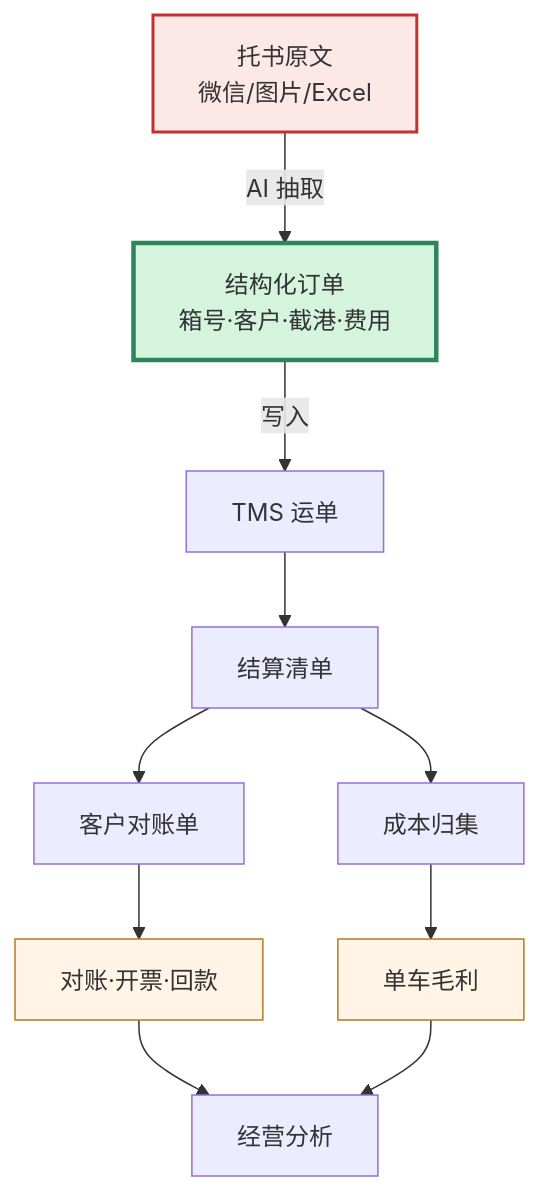
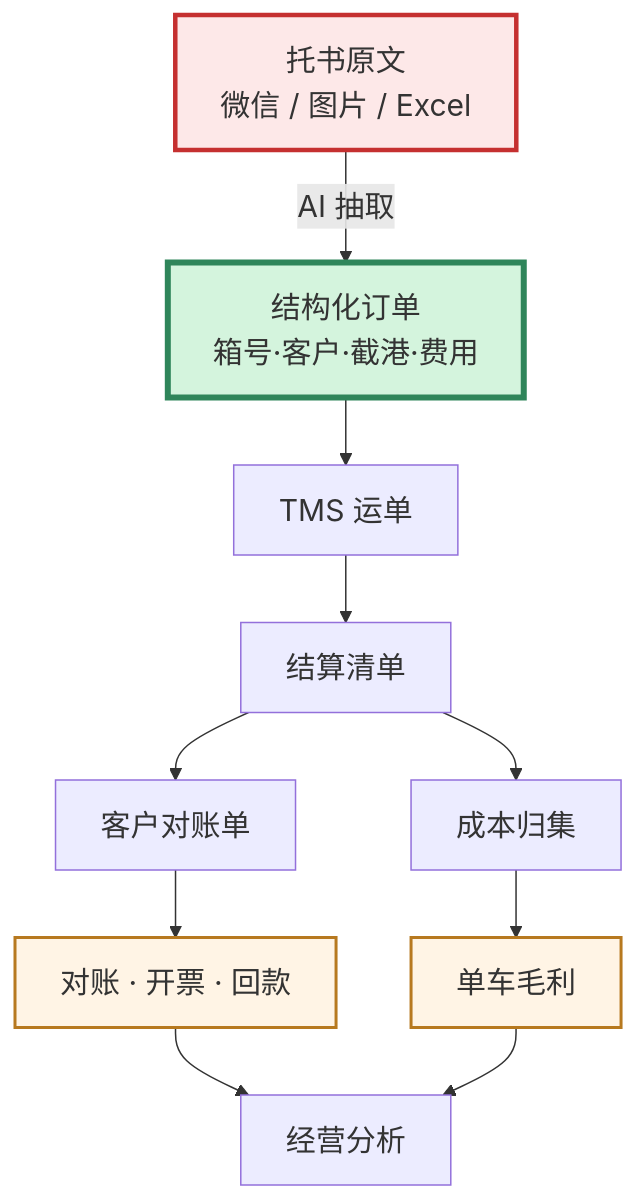
One commit to roma007/Enterprise-AI changed the fourth of 4 diagrams in 会客包/10_业务与财务流程图.md. Above: the diagram before and after it, drawn with Mermaid. The commit also changed other lines of this file, not shown here.

First line of the commit message:
流程图放大：字号 20px、按原尺寸渲染、拆宽图

````diff
--- a/会客包/10_业务与财务流程图.md
+++ b/会客包/10_业务与财务流程图.md
@@ -127,17 +138,26 @@
 ```mermaid
-flowchart TD
-  X1["托书原文<br/>微信/图片/Excel"] -->|AI 抽取| X2["结构化订单<br/>箱号·客户·截港·费用"]
-  X2 -->|写入| X3["TMS 运单"]
-  X3 --> X4["结算清单"]
-  X4 --> X5["客户对账单"]
-  X4 --> X6["成本归集"]
-  X5 --> X7["对账·开票·回款"]
-  X6 --> X8["单车毛利"]
-  X7 --> X9["经营分析"]
-  X8 --> X9
+%%{init: {"themeVariables": {"fontSize": "20px", "fontFamily": "-apple-system, \"PingFang SC\", sans-serif"}, "flowchart": {"useMaxWidth": false, "nodeSpacing": 50, "rankSpacing": 45, "wrappingWidth": 340, "htmlLabels": true}}}%%
+flowchart TB
+  X1["托书原文<br/>微信 / 图片 / Excel"]
+  X2["结构化订单<br/>箱号·客户·截港·费用"]
+  X3["TMS 运单"]
+  X4["结算清单"]
+  X5["客户对账单"]
+  X6["成本归集"]
+  X7["对账 · 开票 · 回款"]
+  X8["单车毛利"]
+  X9["经营分析"]
 
-  style X1 fill:#fde8e8,stroke:#c53030,stroke-width:2px
-  style X2 fill:#d4f4dd,stroke:#2f855a,stroke-width:3px
-  style X7 fill:#fff4e5,stroke:#b7791f
-  style X8 fill:#fff4e5,stroke:#b7791f
+  X1 -->|"AI 抽取"| X2
+  X2 --> X3 --> X4
+  X4 --> X5 --> X7 --> X9
+  X4 --> X6 --> X8 --> X9
+
+  classDef src fill:#fde8e8,stroke:#c53030,stroke-width:3px
+  classDef core fill:#d4f4dd,stroke:#2f855a,stroke-width:4px
+  classDef down fill:#fff4e5,stroke:#b7791f,stroke-width:2px
+
+  class X1 src
+  class X2 core
+  class X7,X8 down
 ```
````
